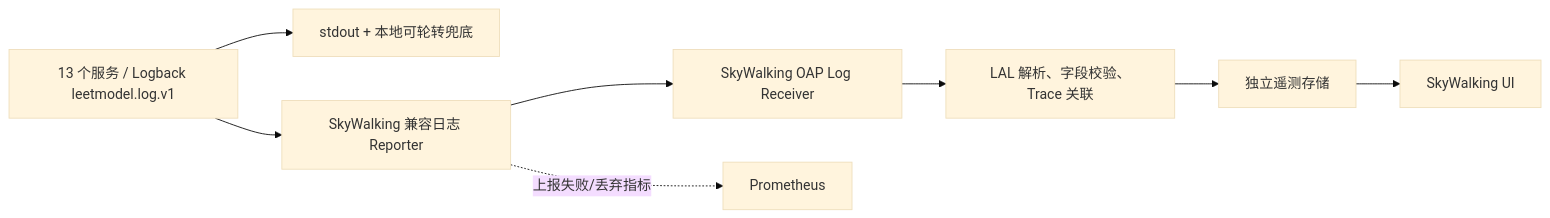
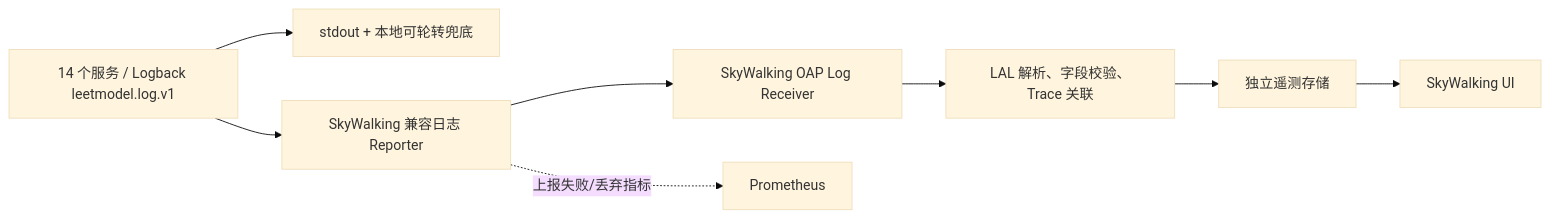
One commit to Dorian7Alden/LeetModel changed the diagram in docs/project/02-架构设计/日志系统.md. Above: the diagram before and after it, drawn with Mermaid (base theme). The commit also changed other lines of this file and 9 other files, not shown here.

````diff
--- a/docs/project/02-架构设计/日志系统.md
+++ b/docs/project/02-架构设计/日志系统.md
@@ -40,10 +40,10 @@
 ```mermaid
 flowchart LR
-    APP["13 个服务 / Logback leetmodel.log.v1"] --> STDOUT["stdout + 本地可轮转兜底"]
+    APP["14 个服务 / Logback leetmodel.log.v1"] --> STDOUT["stdout + 本地可轮转兜底"]
     APP --> REPORTER["SkyWalking 兼容日志 Reporter"]
     REPORTER --> OAP["SkyWalking OAP Log Receiver"]
     OAP --> LAL["LAL 解析、字段校验、Trace 关联"]
     LAL --> STORE["独立遥测存储"]
     STORE --> UI["SkyWalking UI"]
     REPORTER -. "上报失败/丢弃指标" .-> PROM["Prometheus"]
 ```
````
